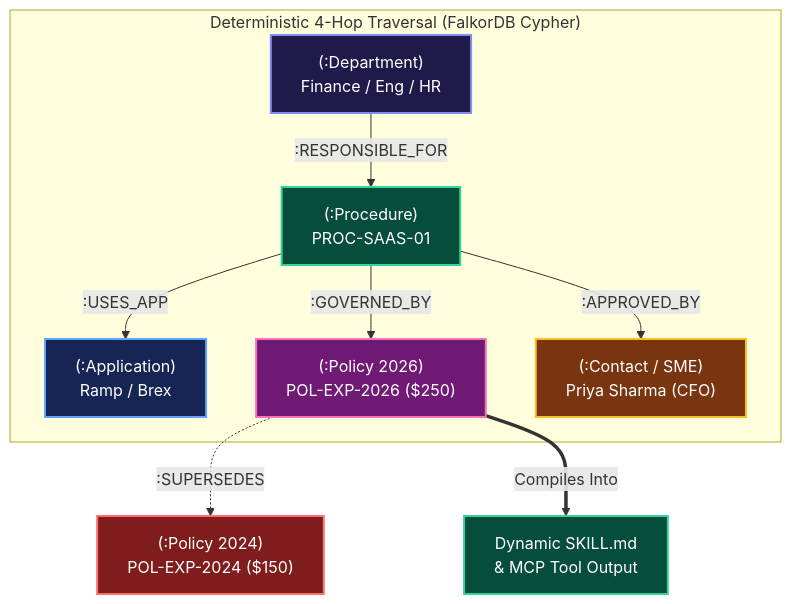
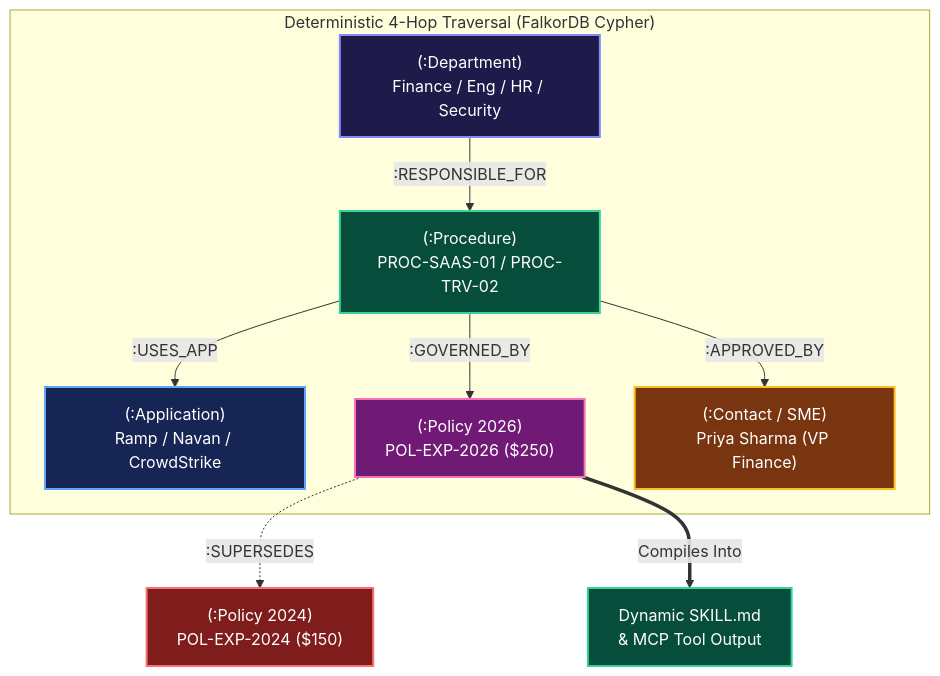
Before and after one commit to Darshan3690/SetuBrain: the diagram in README.md, drawn with Mermaid. The commit also changed other lines of this file, not shown here.

````diff
--- a/README.md
+++ b/README.md
@@ -16,32 +36,32 @@
 ```mermaid
 graph TD
     classDef dept fill:#1e1b4b,stroke:#818cf8,stroke-width:2px,color:#fff;
     classDef proc fill:#064e3b,stroke:#34d399,stroke-width:2px,color:#fff;
     classDef app fill:#172554,stroke:#60a5fa,stroke-width:2px,color:#fff;
     classDef pol fill:#701a75,stroke:#f472b6,stroke-width:2px,color:#fff;
     classDef contact fill:#78350f,stroke:#fbbf24,stroke-width:2px,color:#fff;
     classDef conflict fill:#7f1d1d,stroke:#f87171,stroke-width:2px,color:#fff;
 
-    Dept["(:Department)<br/>Finance / Eng / HR"]:::dept
-    Proc["(:Procedure)<br/>PROC-SAAS-01"]:::proc
-    App["(:Application)<br/>Ramp / Brex"]:::app
+    Dept["(:Department)<br/>Finance / Eng / HR / Security"]:::dept
+    Proc["(:Procedure)<br/>PROC-SAAS-01 / PROC-TRV-02"]:::proc
+    App["(:Application)<br/>Ramp / Navan / CrowdStrike"]:::app
     PolActive["(:Policy 2026)<br/>POL-EXP-2026 ($250)"]:::pol
     PolOld["(:Policy 2024)<br/>POL-EXP-2024 ($150)"]:::conflict
-    Contact["(:Contact / SME)<br/>Priya Sharma (CFO)"]:::contact
+    Contact["(:Contact / SME)<br/>Priya Sharma (VP Finance)"]:::contact
     SkillMD["Dynamic SKILL.md<br/>& MCP Tool Output"]:::proc
 
     Dept -->|":RESPONSIBLE_FOR"| Proc
     Proc -->|":USES_APP"| App
     Proc -->|":GOVERNED_BY"| PolActive
     Proc -->|":APPROVED_BY"| Contact
     PolActive -.->|":SUPERSEDES"| PolOld
     PolActive ==>|"Compiles Into"| SkillMD
 
     subgraph "Deterministic 4-Hop Traversal (FalkorDB Cypher)"
         Dept
         Proc
         App
         PolActive
         Contact
     end
 ```
````
